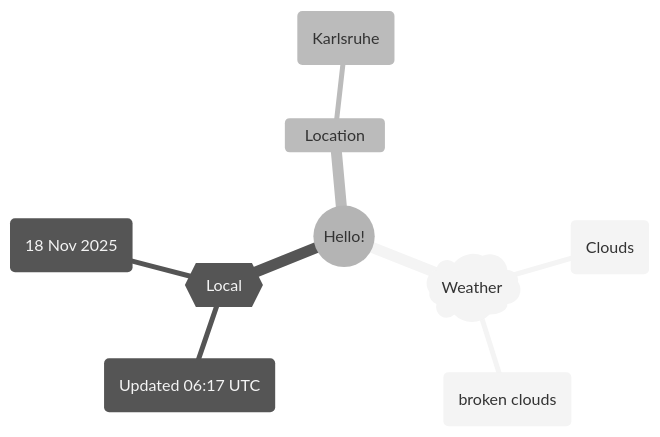
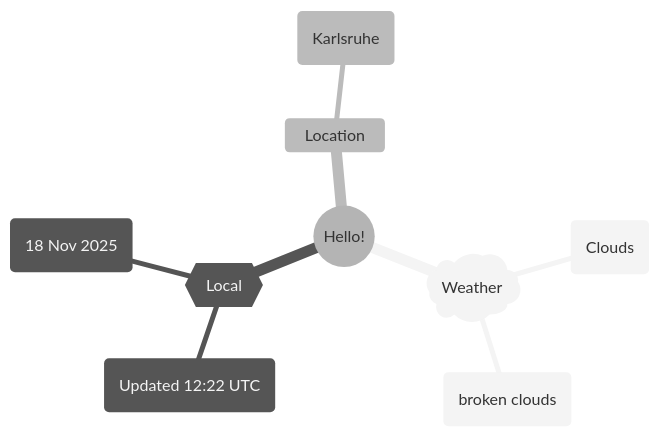
One commit to Xosrov/Xosrov changed the first of 2 diagrams in README.md. Above: the diagram before and after it, drawn with Mermaid (neutral theme).

Commit message:
[bot] updated images

````diff
--- a/README.md
+++ b/README.md
@@ -3,12 +3,12 @@
 ```mermaid
 mindmap
   root((Hello!))
     )Weather(
         (Clouds)
         (broken clouds)
     {{Local}}
-        (Updated 06:17 UTC)
+        (Updated 12:22 UTC)
         (18 Nov 2025)
     Location
         (Karlsruhe)
 ```
````
